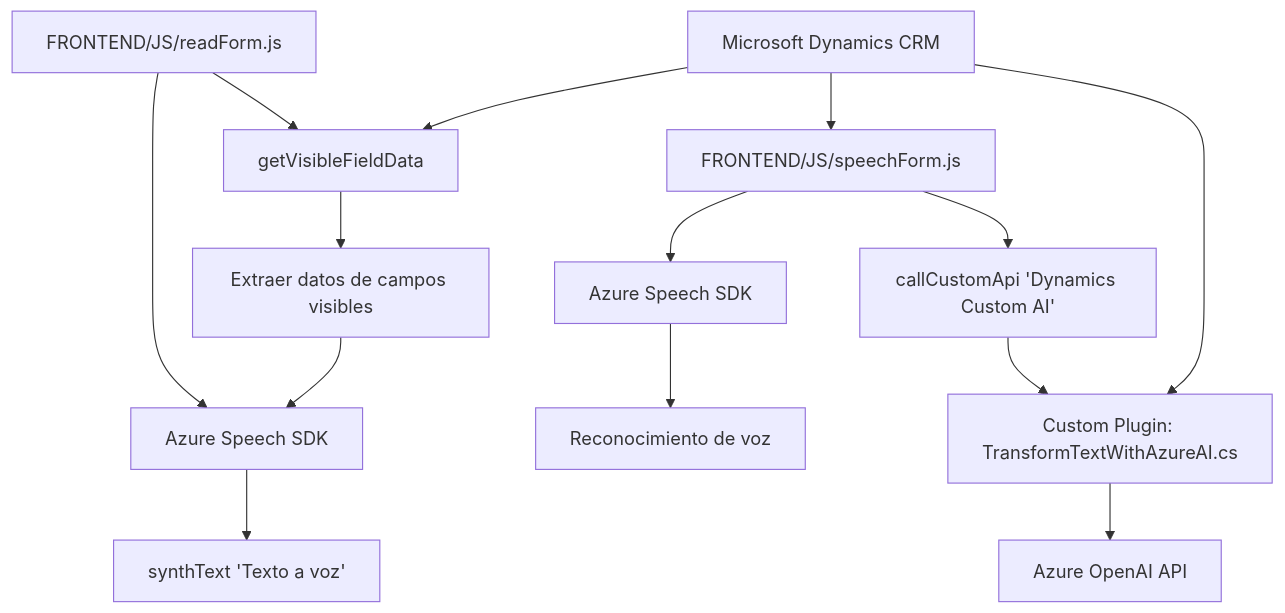
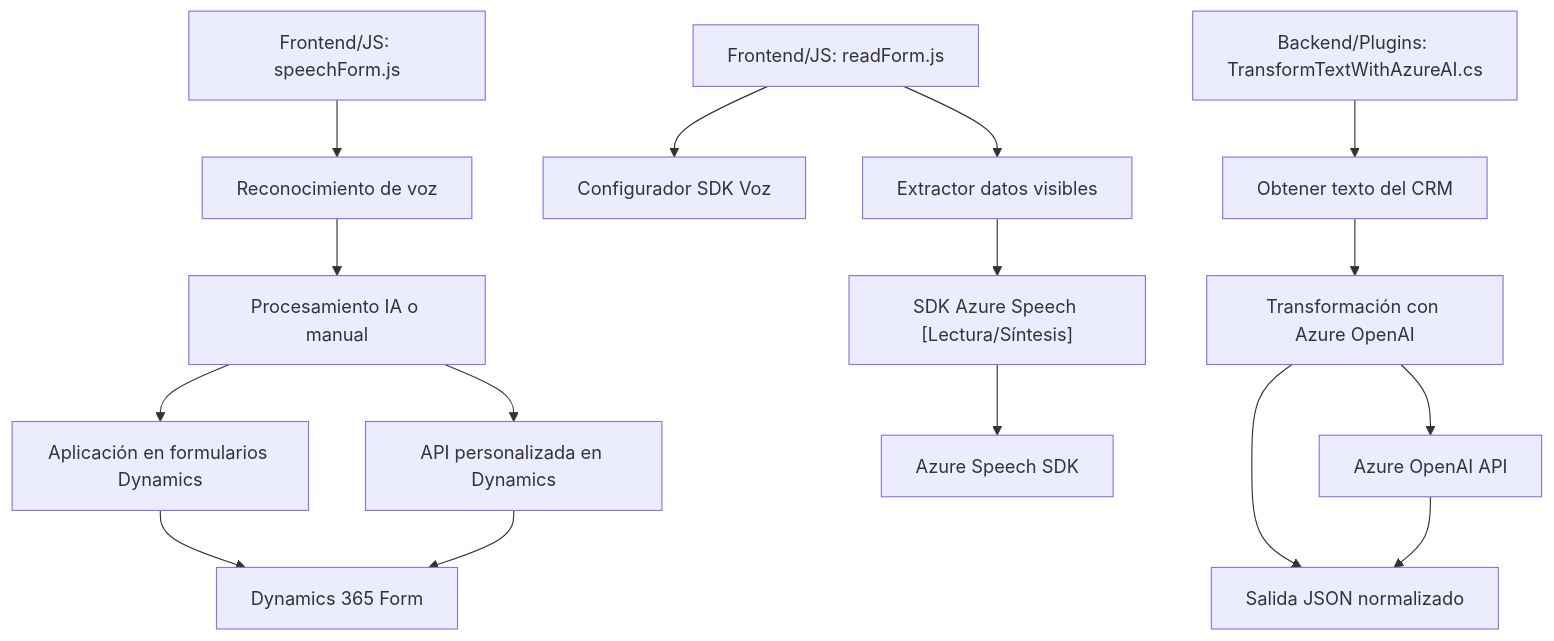
One commit to blopezdm/NETCORE_BILBAO2025 changed the diagram in README.md. Above: the diagram before and after it, drawn with Mermaid. The commit also changed other lines of this file, not shown here.

Commit message:
Actualizar análisis global de la solución con IA

````diff
--- a/README.md
+++ b/README.md
@@ -49,18 +37,21 @@
 ```mermaid
 graph TD
-  A["FRONTEND/JS/readForm.js"] --> B["getVisibleFieldData"]
-  A --> C["Azure Speech SDK"]
-  B --> D["Extraer datos de campos visibles"]
-  D --> C
-  C --> E["synthText 'Texto a voz'"]
+    A["Frontend/JS: readForm.js"] --> B["Extractor datos visibles"]
+    B --> C["SDK Azure Speech [Lectura/Síntesis]"]
+    A --> D["Configurador SDK Voz"]
+    
+    E["Frontend/JS: speechForm.js"] --> F["Reconocimiento de voz"]
+    F --> G["Procesamiento IA o manual"]
+    G --> H["Aplicación en formularios Dynamics"]
+    G --> I["API personalizada en Dynamics"]
 
-  F["FRONTEND/JS/speechForm.js"] --> G["Azure Speech SDK"]
-  F --> H["callCustomApi 'Dynamics Custom AI'"]
-  G --> I["Reconocimiento de voz"]
-  H --> J["Custom Plugin: TransformTextWithAzureAI.cs"]
-  J --> K["Azure OpenAI API"]
-
-  L["Microsoft Dynamics CRM"] --> B
-  L --> F
-  L --> J
+    J["Backend/Plugins: TransformTextWithAzureAI.cs"] --> K["Obtener texto del CRM"]
+    K --> L["Transformación con Azure OpenAI"]
+    L --> M["Salida JSON normalizado"]
+    
+    H --> CRM["Dynamics 365 Form"]
+    I --> CRM
+    C --> AzureSpeech["Azure Speech SDK"]
+    L --> AzureAI["Azure OpenAI API"]
+    AzureAI --> M
 ```
````
